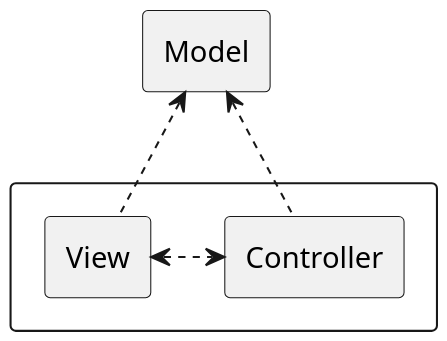
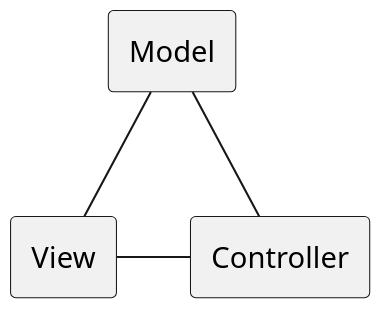
Before and after one commit to sergio-fry/slides: the first of 4 diagrams in rich-domain-model/README.md, drawn with PlantUML. The commit also changed other lines of this file and 1 other file, not shown here.

Commit message:
patch_06 20:32

````diff
--- a/rich-domain-model/README.md
+++ b/rich-domain-model/README.md
@@ -100,22 +100,19 @@
 ```plantuml
 skinparam monochrome true
 allow_mixing
 scale 2
 top to bottom direction
 
-rectangle "Model" as Model
+rectangle Model
+rectangle View
+rectangle Controller
 
-rectangle {
-  rectangle View
-
-  rectangle Controller
-  Controller <.left.> View
-}
+Controller -left- View
 
 
-View .up.> Model 
-Controller .up.> Model 
+View -up- Model 
+Controller -up- Model 
 
 
 
 ```
````
